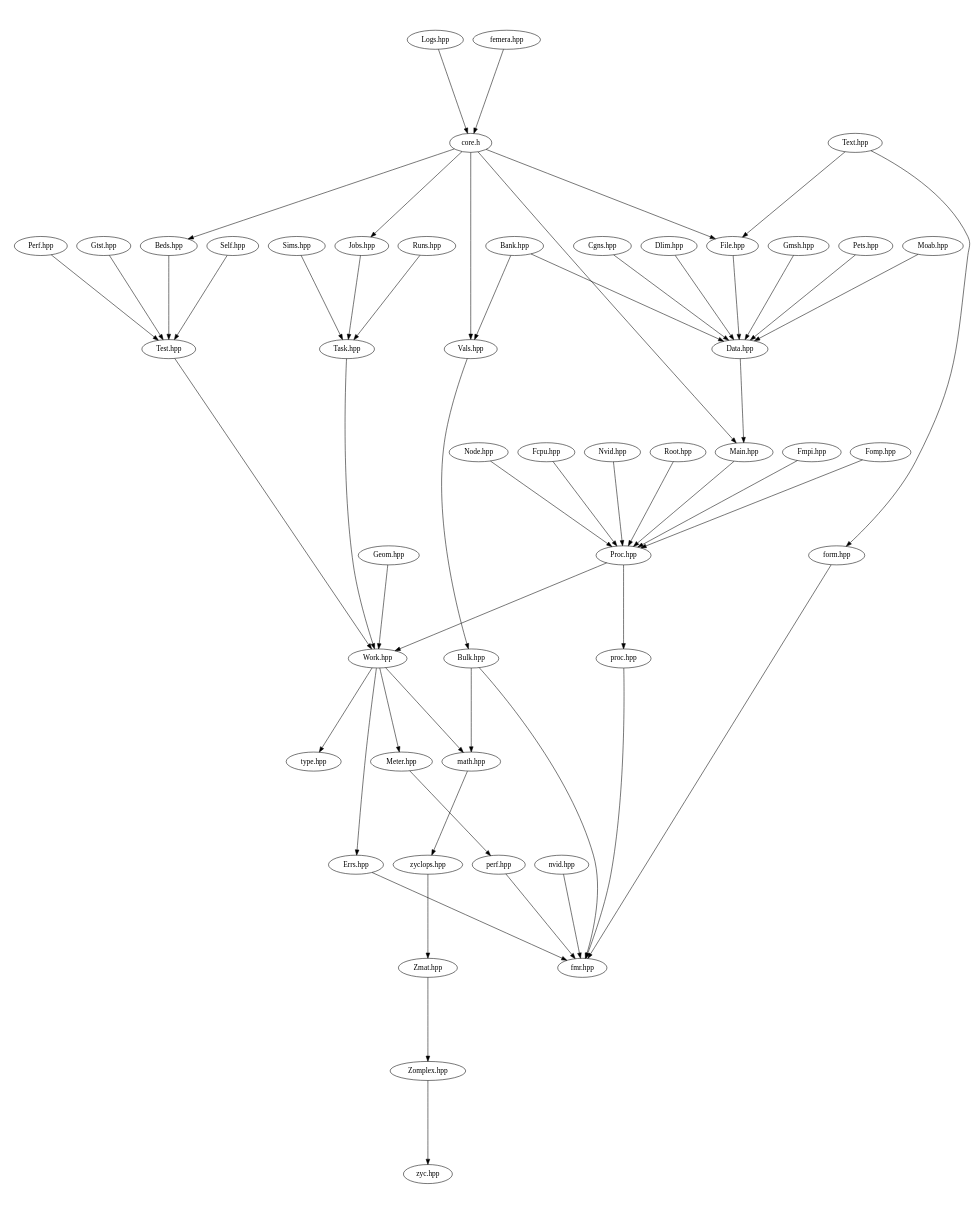
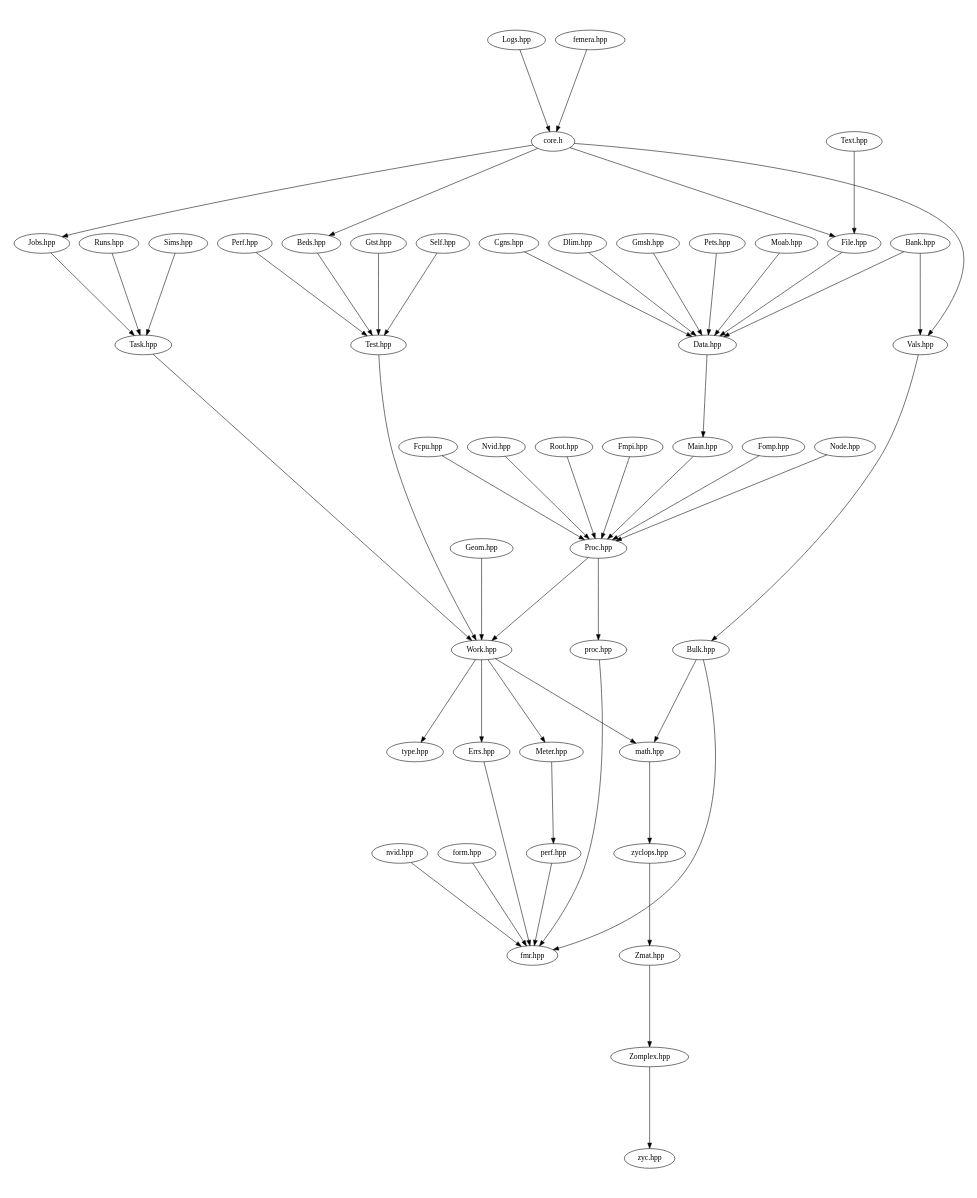
Before and after one commit to waggyz/femera-mini-app: the diagram in src/docs/src-headers.dot, drawn with Graphviz. The commit also changed 12 other files, not shown here.

```diff
--- a/src/docs/src-headers.dot
+++ b/src/docs/src-headers.dot
@@ -1,62 +1,60 @@
 digraph "source tree" {
     overlap=scale;
     size="8,10";
     ratio="fill";
     fontsize="16";
     fontname="Helvetica";
 	clusterrank="local";
 	"Zmat.hpp" -> "Zomplex.hpp"
 	"Meter.hpp" -> "perf.hpp"
 	"Work.hpp" -> "Errs.hpp"
 	"Proc.hpp" -> "proc.hpp"
 	"Nvid.hpp" -> "Proc.hpp"
 	"Root.hpp" -> "Proc.hpp"
 	"Perf.hpp" -> "Test.hpp"
-	"core.h" -> "Main.hpp"
 	"nvid.hpp" -> "fmr.hpp"
 	"perf.hpp" -> "fmr.hpp"
 	"Work.hpp" -> "math.hpp"
 	"Bulk.hpp" -> "math.hpp"
 	"Fmpi.hpp" -> "Proc.hpp"
 	"Test.hpp" -> "Work.hpp"
 	"Fomp.hpp" -> "Proc.hpp"
 	"Data.hpp" -> "Main.hpp"
 	"zyclops.hpp" -> "Zmat.hpp"
-	"Text.hpp" -> "form.hpp"
 	"core.h" -> "Beds.hpp"
 	"Errs.hpp" -> "fmr.hpp"
 	"Task.hpp" -> "Work.hpp"
 	"Gmsh.hpp" -> "Data.hpp"
 	"Node.hpp" -> "Proc.hpp"
 	"Geom.hpp" -> "Work.hpp"
 	"File.hpp" -> "Data.hpp"
 	"Vals.hpp" -> "Bulk.hpp"
 	"core.h" -> "Vals.hpp"
 	"Beds.hpp" -> "Test.hpp"
 	"form.hpp" -> "fmr.hpp"
 	"Gtst.hpp" -> "Test.hpp"
 	"Work.hpp" -> "Meter.hpp"
 	"Runs.hpp" -> "Task.hpp"
 	"Text.hpp" -> "File.hpp"
 	"proc.hpp" -> "fmr.hpp"
 	"math.hpp" -> "zyclops.hpp"
 	"Pets.hpp" -> "Data.hpp"
 	"Logs.hpp" -> "core.h"
 	"Work.hpp" -> "type.hpp"
 	"Fcpu.hpp" -> "Proc.hpp"
 	"Moab.hpp" -> "Data.hpp"
 	"Cgns.hpp" -> "Data.hpp"
 	"core.h" -> "File.hpp"
 	"Bulk.hpp" -> "fmr.hpp"
 	"Self.hpp" -> "Test.hpp"
 	"core.h" -> "Jobs.hpp"
 	"Bank.hpp" -> "Vals.hpp"
 	"Zomplex.hpp" -> "zyc.hpp"
 	"Proc.hpp" -> "Work.hpp"
 	"Sims.hpp" -> "Task.hpp"
 	"femera.hpp" -> "core.h"
 	"Bank.hpp" -> "Data.hpp"
 	"Dlim.hpp" -> "Data.hpp"
 	"Main.hpp" -> "Proc.hpp"
 	"Jobs.hpp" -> "Task.hpp"
 }
```
